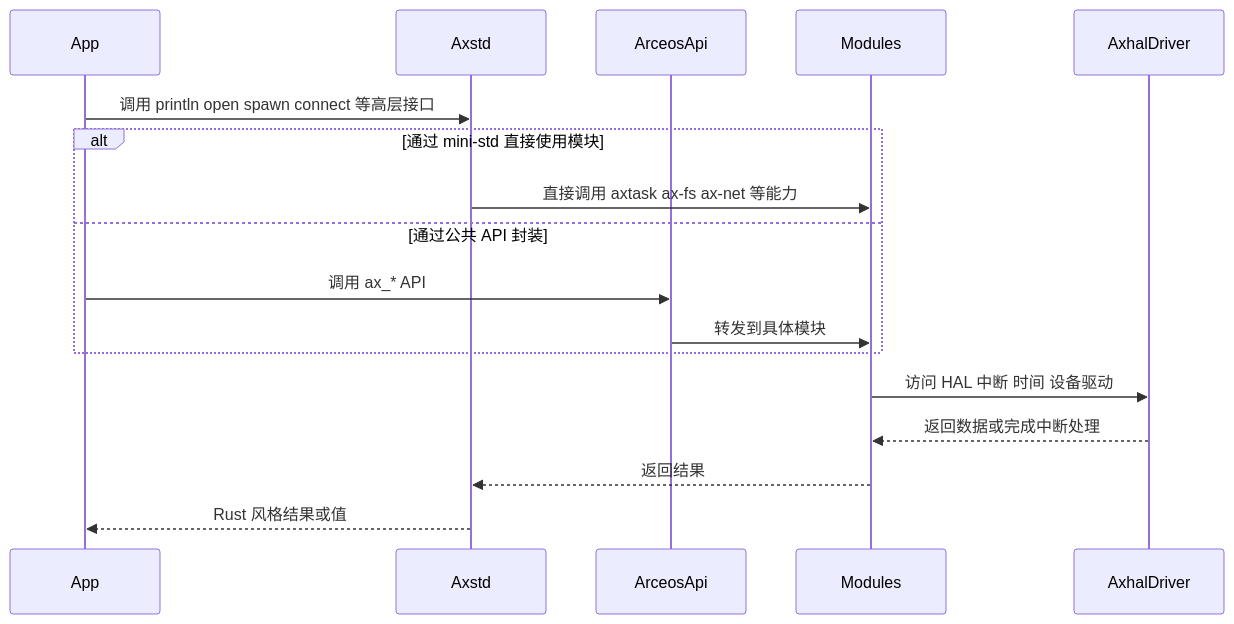
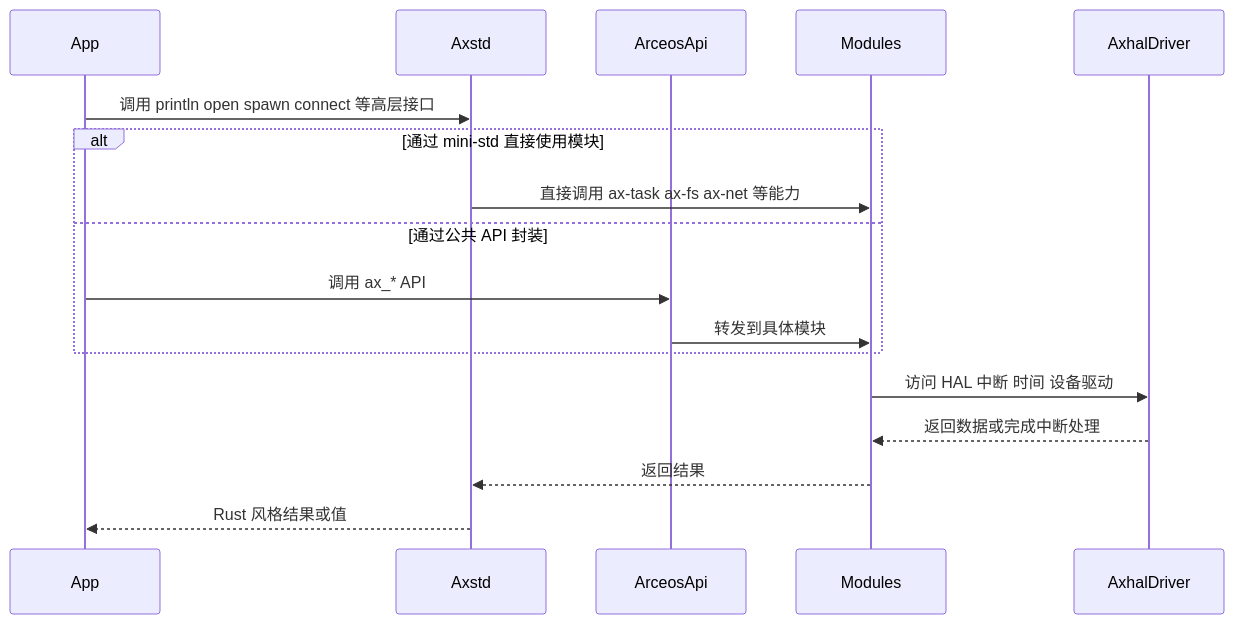
Before and after one commit to zKurisu/tgoskits: the third of 5 diagrams in docs/arceos-internals.md, drawn with Mermaid. The commit also changed other lines of this file and 133 other files, not shown here.

Commit message:
rename axtask to ax-task

````diff
--- a/docs/arceos-internals.md
+++ b/docs/arceos-internals.md
@@ -219,20 +219,20 @@
 ```mermaid
 sequenceDiagram
     participant App
     participant Axstd
     participant ArceosApi
     participant Modules
     participant AxhalDriver
 
     App->>Axstd: 调用 println open spawn connect 等高层接口
     alt 通过 mini-std 直接使用模块
-        Axstd->>Modules: 直接调用 axtask ax-fs ax-net 等能力
+        Axstd->>Modules: 直接调用 ax-task ax-fs ax-net 等能力
     else 通过公共 API 封装
         App->>ArceosApi: 调用 ax_* API
         ArceosApi->>Modules: 转发到具体模块
     end
     Modules->>AxhalDriver: 访问 HAL 中断 时间 设备驱动
     AxhalDriver-->>Modules: 返回数据或完成中断处理
     Modules-->>Axstd: 返回结果
     Axstd-->>App: Rust 风格结果或值
 ```
````
